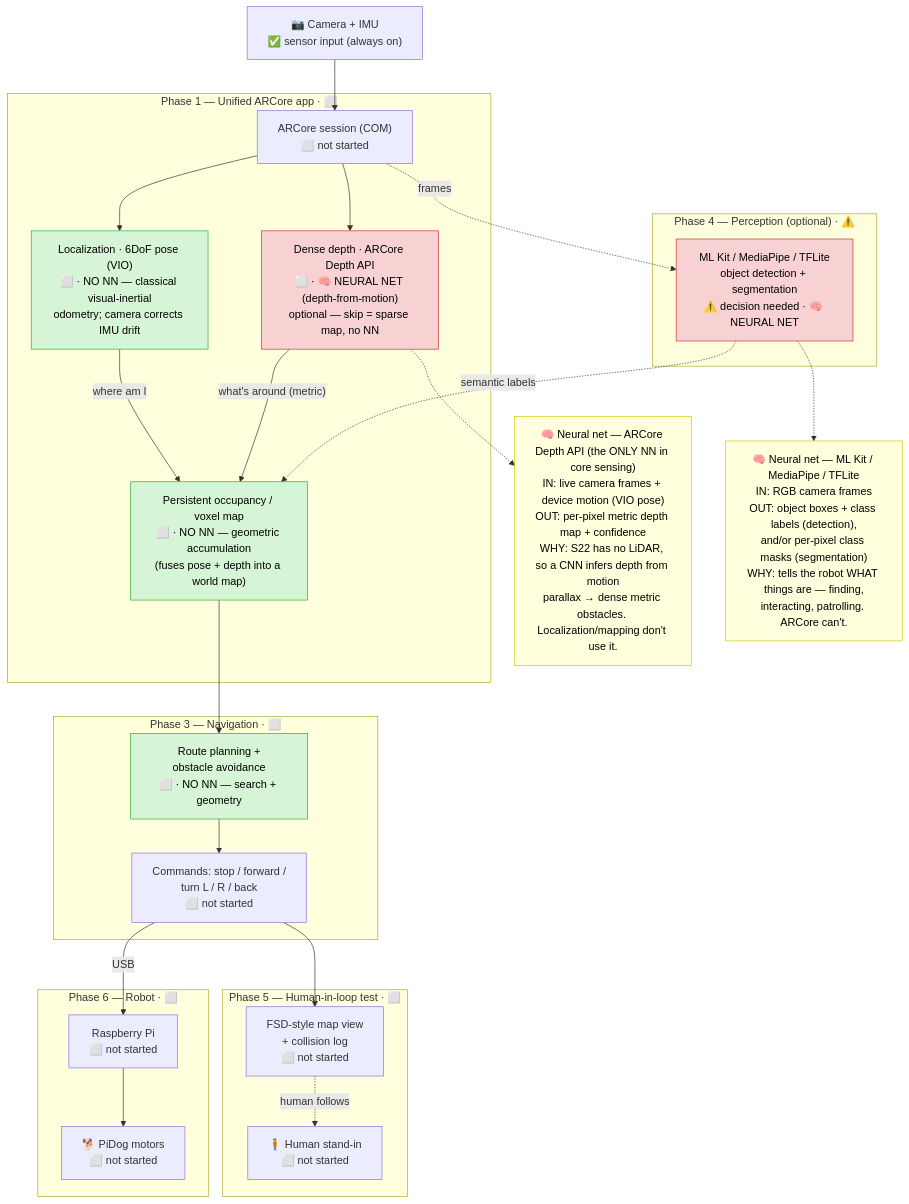
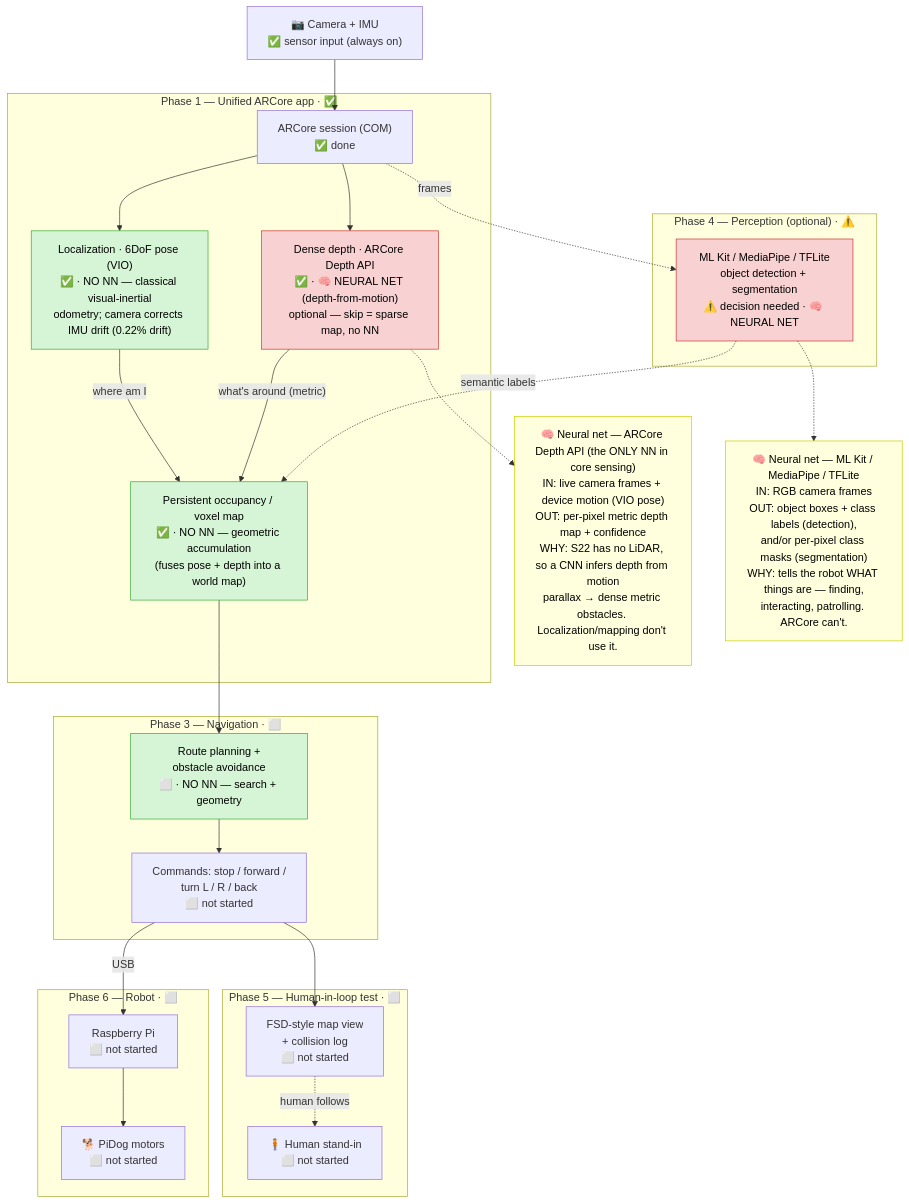
The first of 2 diagrams in PROJECT_PLAN.md (alexbhandari/pidog-public), drawn with Mermaid before and after one commit. The commit also changed other lines of this file, not shown here.

Commit message:
sync plan + phase docs (2026-06-19)

````diff
--- a/PROJECT_PLAN.md
+++ b/PROJECT_PLAN.md
@@ -17,56 +17,56 @@
 ```mermaid
 flowchart TD
     CAM["📷 Camera + IMU<br/>✅ sensor input (always on)"]
 
-    subgraph P1["Phase 1 — Unified ARCore app · ⬜"]
-        ARCORE["ARCore session (COM)<br/>⬜ not started"]
-        POSE["Localization · 6DoF pose (VIO)<br/>⬜ · NO NN — classical visual-inertial<br/>odometry; camera corrects IMU drift"]
-        DEPTH["Dense depth · ARCore Depth API<br/>⬜ · 🧠 NEURAL NET (depth-from-motion)<br/>optional — skip = sparse map, no NN"]
-        MAP["Persistent occupancy / voxel map<br/>⬜ · NO NN — geometric accumulation<br/>(fuses pose + depth into a world map)"]
+    subgraph P1["Phase 1 — Unified ARCore app · ✅"]
+        ARCORE["ARCore session (COM)<br/>✅ done"]
+        POSE["Localization · 6DoF pose (VIO)<br/>✅ · NO NN — classical visual-inertial<br/>odometry; camera corrects IMU drift (0.22% drift)"]
+        DEPTH["Dense depth · ARCore Depth API<br/>✅ · 🧠 NEURAL NET (depth-from-motion)<br/>optional — skip = sparse map, no NN"]
+        MAP["Persistent occupancy / voxel map<br/>✅ · NO NN — geometric accumulation<br/>(fuses pose + depth into a world map)"]
     end
 
     subgraph P4["Phase 4 — Perception (optional) · ⚠️"]
         ML["ML Kit / MediaPipe / TFLite<br/>object detection + segmentation<br/>⚠️ decision needed · 🧠 NEURAL NET"]
     end
 
     subgraph P3["Phase 3 — Navigation · ⬜"]
         PLAN["Route planning +<br/>obstacle avoidance<br/>⬜ · NO NN — search + geometry"]
         CMD["Commands: stop / forward /<br/>turn L / R / back<br/>⬜ not started"]
     end
 
     subgraph P5["Phase 5 — Human-in-loop test · ⬜"]
         VIEW["FSD-style map view<br/>+ collision log<br/>⬜ not started"]
         HUMAN["🧍 Human stand-in<br/>⬜ not started"]
     end
 
     subgraph P6["Phase 6 — Robot · ⬜"]
         PI["Raspberry Pi<br/>⬜ not started"]
         DOG["🐕 PiDog motors<br/>⬜ not started"]
     end
 
     CAM --> ARCORE
     ARCORE --> POSE
     ARCORE --> DEPTH
     POSE -->|"where am I"| MAP
     DEPTH -->|"what's around (metric)"| MAP
     ARCORE -.->|"frames"| ML
     ML -.->|"semantic labels"| MAP
     MAP --> PLAN
     PLAN --> CMD
     CMD --> VIEW
     VIEW -.->|"human follows"| HUMAN
     CMD -->|"USB"| PI
     PI --> DOG
 
     NN1["🧠 Neural net — ARCore Depth API (the ONLY NN in core sensing)<br/>IN: live camera frames + device motion (VIO pose)<br/>OUT: per-pixel metric depth map + confidence<br/>WHY: S22 has no LiDAR, so a CNN infers depth from motion<br/>parallax → dense metric obstacles. Localization/mapping don't use it."]
     NN2["🧠 Neural net — ML Kit / MediaPipe / TFLite<br/>IN: RGB camera frames<br/>OUT: object boxes + class labels (detection),<br/>and/or per-pixel class masks (segmentation)<br/>WHY: tells the robot WHAT things are — finding,<br/>interacting, patrolling. ARCore can't."]
     DEPTH -.-> NN1
     ML -.-> NN2
 
     classDef note fill:#ffd,stroke:#cc0,color:#000;
     classDef nonn fill:#d6f5d6,stroke:#3a3,color:#000;
     classDef nn fill:#f8d2d2,stroke:#c33,color:#000;
     class NN1,NN2 note;
     class POSE,MAP,PLAN nonn;
     class DEPTH,ML nn;
 ```
````
